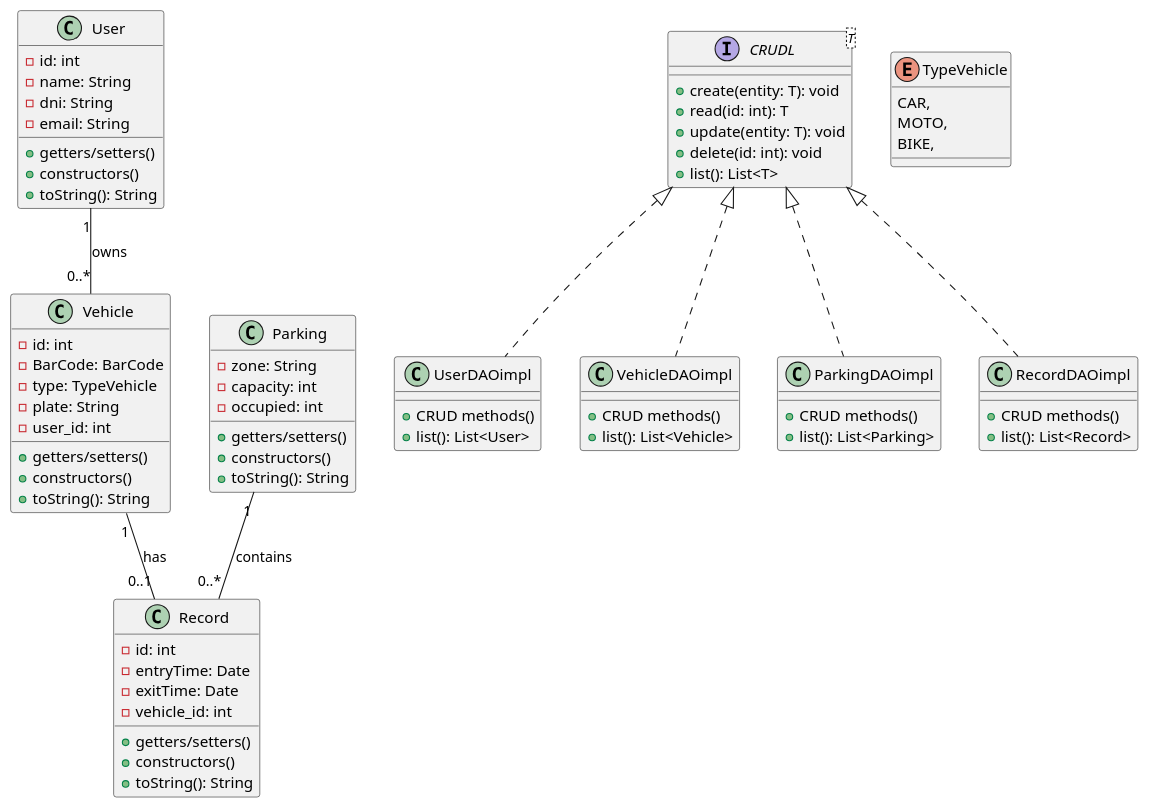
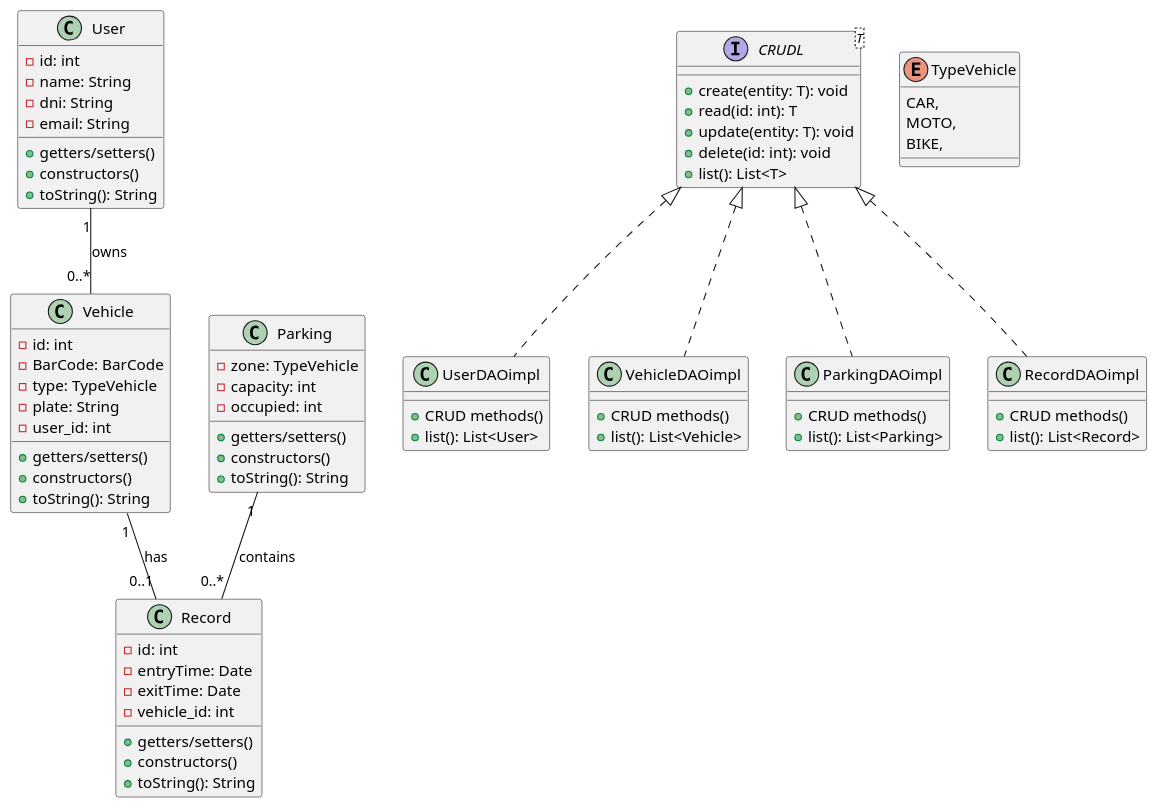
One commit to JulianForeroBernal/GestionParqueadero changed the diagram in Docs/resources/Clases.puml. Above: the diagram before and after it, drawn with PlantUML.

Commit message:
ligero cambio a una linea en el diagrama de clases

```diff
--- a/Docs/resources/Clases.puml
+++ b/Docs/resources/Clases.puml
@@ -1,73 +1,73 @@
 @startuml
 class User{
 - id: int
 - name: String
 - dni: String
 - email: String
 + getters/setters()
 + constructors()
 + toString(): String
 }
 class Vehicle {
 - id: int
 - BarCode: BarCode
 - type: TypeVehicle
 - plate: String
 - user_id: int
 + getters/setters()
 + constructors()
 + toString(): String
 }
 class Parking {
-- zone: String
+- zone: TypeVehicle
 - capacity: int
 - occupied: int
 + getters/setters()
 + constructors()
 + toString(): String
 }
 class Record {
 - id: int
 - entryTime: Date
 - exitTime: Date
 - vehicle_id: int
 + getters/setters()
 + constructors()
 + toString(): String
 }
 
 interface CRUDL<T> {
 + create(entity: T): void
 + read(id: int): T
 + update(entity: T): void
 + delete(id: int): void
 + list(): List<T>
 }
 enum TypeVehicle {
 CAR,
 MOTO,
 BIKE,
 }
 User "1" -- "0..*" Vehicle : owns
 Vehicle "1" -- "0..1" Record : has
 Parking "1" -- "0..*" Record : contains
 
 class UserDAOimpl implements CRUDL<User> {
 + CRUD methods()
 + list(): List<User>
 }
 class VehicleDAOimpl implements CRUDL<Vehicle> {
 + CRUD methods()
 + list(): List<Vehicle>
 }
 class ParkingDAOimpl implements CRUDL<Parking> {
 + CRUD methods()
 + list(): List<Parking>
 }
 class RecordDAOimpl implements CRUDL<Record> {
 + CRUD methods()
 + list(): List<Record>
 }
 
 
 @enduml
```
